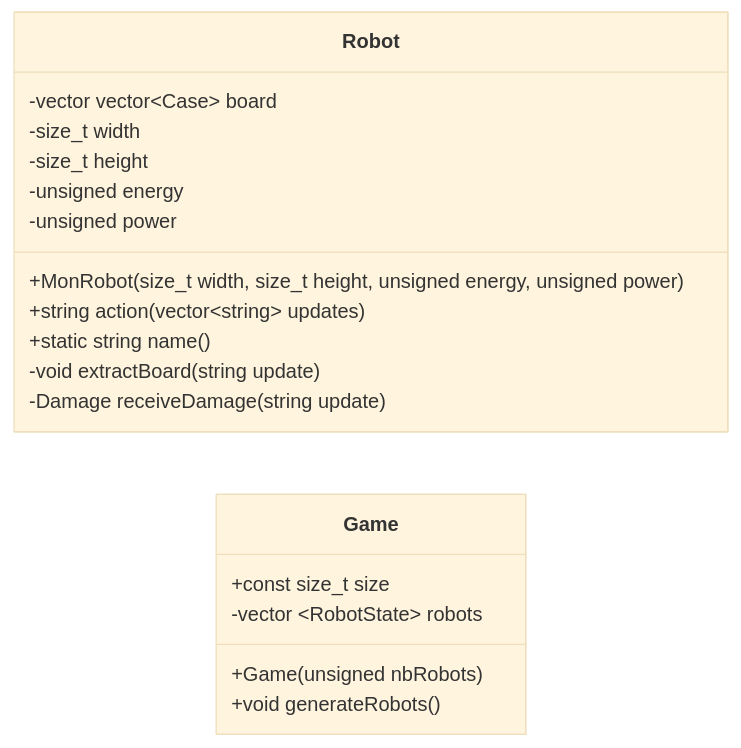
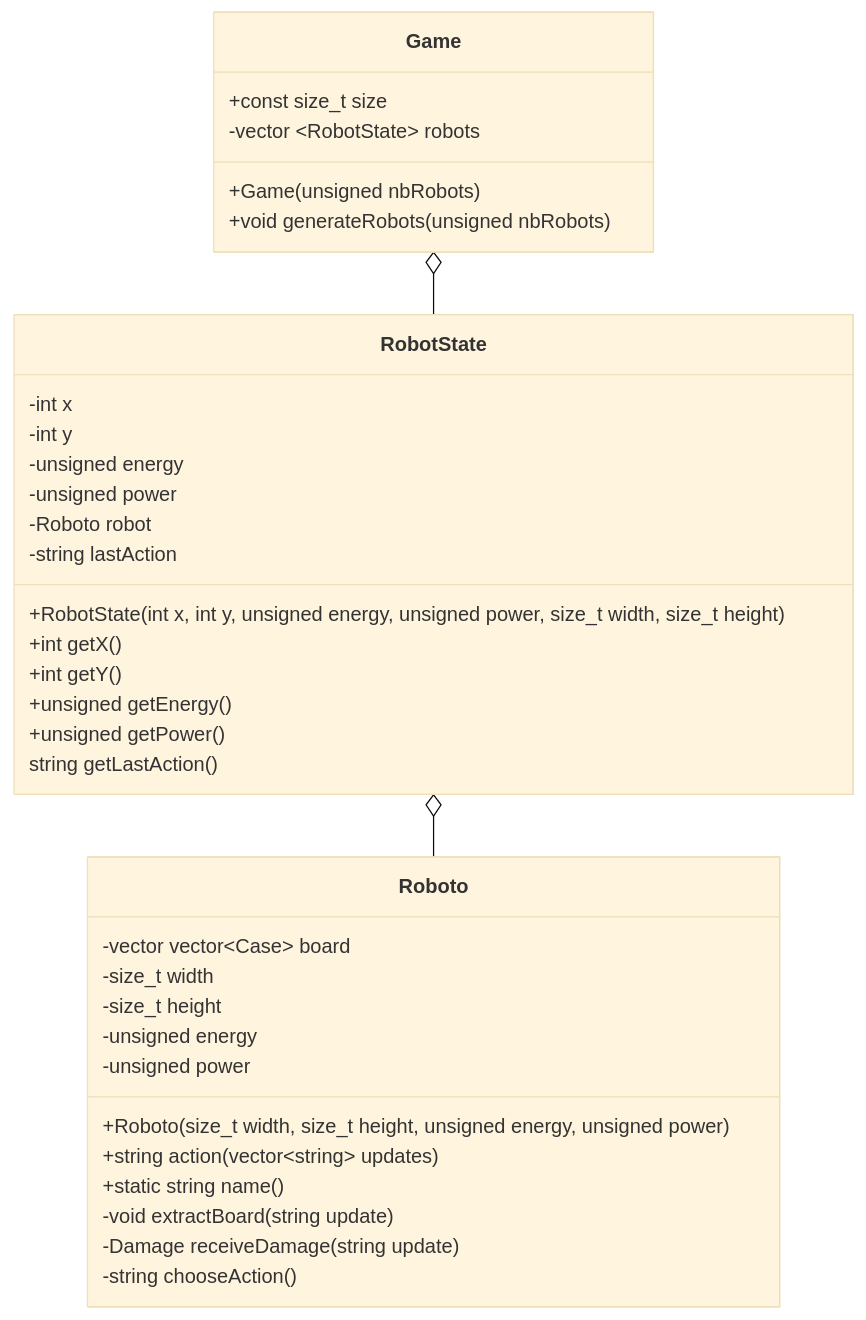
The diagram in README.md (HEIGVD-PRG1-F-2022/lab06-lastrobotstanding-roboto), drawn with Mermaid (base theme) before and after one commit. The commit also changed other lines of this file, not shown here.

Commit message:
readme: add RobotState and fixes to our class diagram

````diff
--- a/README.md
+++ b/README.md
@@ -5,22 +5,39 @@
 ```mermaid
 classDiagram
-	direction LR
-	class Robot {
+	direction TB
+	RobotState o-- Roboto
+	Game o-- RobotState
+	class Roboto {
 		-vector vector~Case~ board
 		-size_t width
 		-size_t height
 		-unsigned energy
 		-unsigned power
-		+MonRobot(size_t width, size_t height, unsigned energy, unsigned power)
+		+Roboto(size_t width, size_t height, unsigned energy, unsigned power)
 		+string action(vector~string~ updates)
 		+static string name()
 		-void extractBoard(string update)
 		-Damage receiveDamage(string update)
+		-string chooseAction()
 	}
 	class Game {
 		+const size_t size
 		-vector ~RobotState~ robots
 		+Game(unsigned nbRobots)
-		+void generateRobots()
+		+void generateRobots(unsigned nbRobots)
+	}
+	class RobotState {
+		-int x
+		-int y
+		-unsigned energy
+		-unsigned power
+		-Roboto robot
+		-string lastAction
+		+RobotState(int x, int y, unsigned energy, unsigned power, size_t width, size_t height)
+		+int getX()
+		+int getY()
+		+unsigned getEnergy()
+		+unsigned getPower()
+		string getLastAction()
 	}
 ```
````
